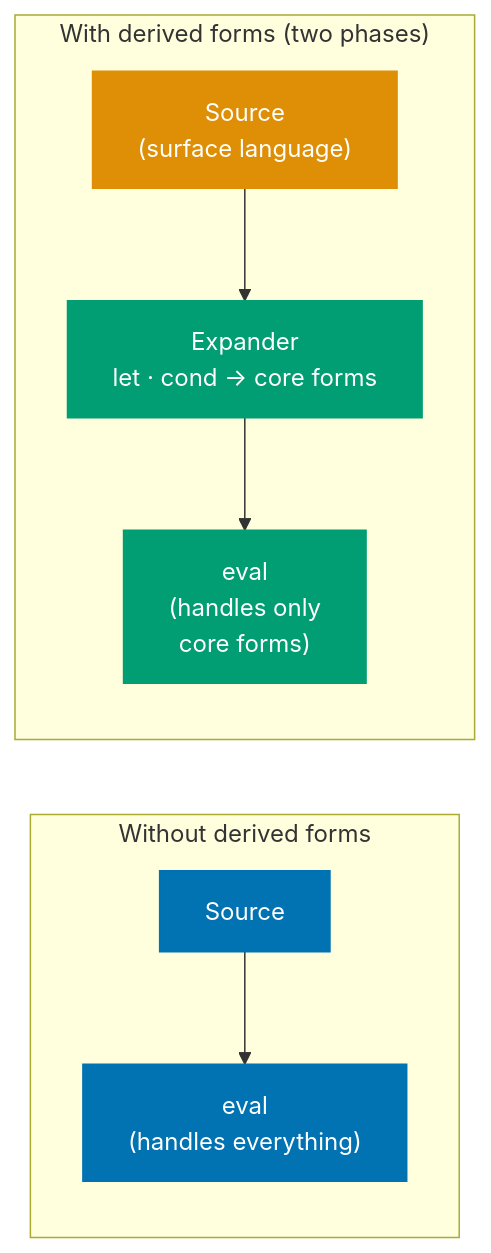
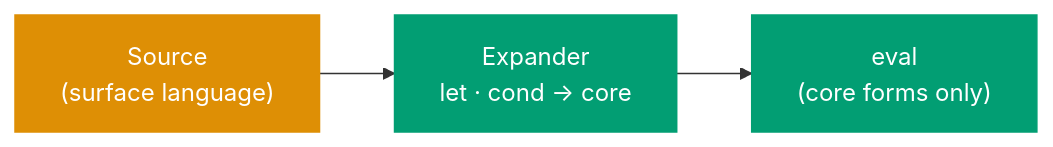
Before and after one commit to wahidyankf/open-sharia-enterprise: the second of 8 diagrams in apps/ayokoding-web/content/en/learn/software-engineering/compilers-and-interpreters/lisp-interpreter-in-fsharp/part-5-derived-forms-and-repl.md, drawn with Mermaid. The commit also changed other lines of this file and 6 other files, not shown here.

First line of the commit message:
fix(ayokoding-web): fix mermaid parse errors and split comparison diagrams

````diff
--- a/apps/ayokoding-web/content/en/learn/software-engineering/compilers-and-interpreters/lisp-interpreter-in-fsharp/part-5-derived-forms-and-repl.md
+++ b/apps/ayokoding-web/content/en/learn/software-engineering/compilers-and-interpreters/lisp-interpreter-in-fsharp/part-5-derived-forms-and-repl.md
@@ -18,24 +31,10 @@
 ```mermaid
 %% Color palette: Blue #0173B2, Orange #DE8F05, Teal #029E73, Purple #CC78BC, Brown #CA9161, Gray #808080
 flowchart LR
-    subgraph Without["Without derived forms"]
-        W1["Source"]
-        W2["eval\n(handles everything)"]
-        W1 --> W2
-    end
+    S1["Source\n(surface language)"] --> S2["Expander\nlet · cond → core"] --> S3["eval\n(core forms only)"]
 
-    subgraph With["With derived forms (two phases)"]
-        S1["Source\n(surface language)"]
-        S2["Expander\nlet · cond → core forms"]
-        S3["eval\n(handles only\ncore forms)"]
-        S1 --> S2 --> S3
-    end
-
-    classDef blue fill:#0173B2,color:#fff,stroke:#0173B2
     classDef orange fill:#DE8F05,color:#fff,stroke:#DE8F05
     classDef teal fill:#029E73,color:#fff,stroke:#029E73
-
-    class W1,W2 blue
     class S1 orange
     class S2,S3 teal
 ```
````
